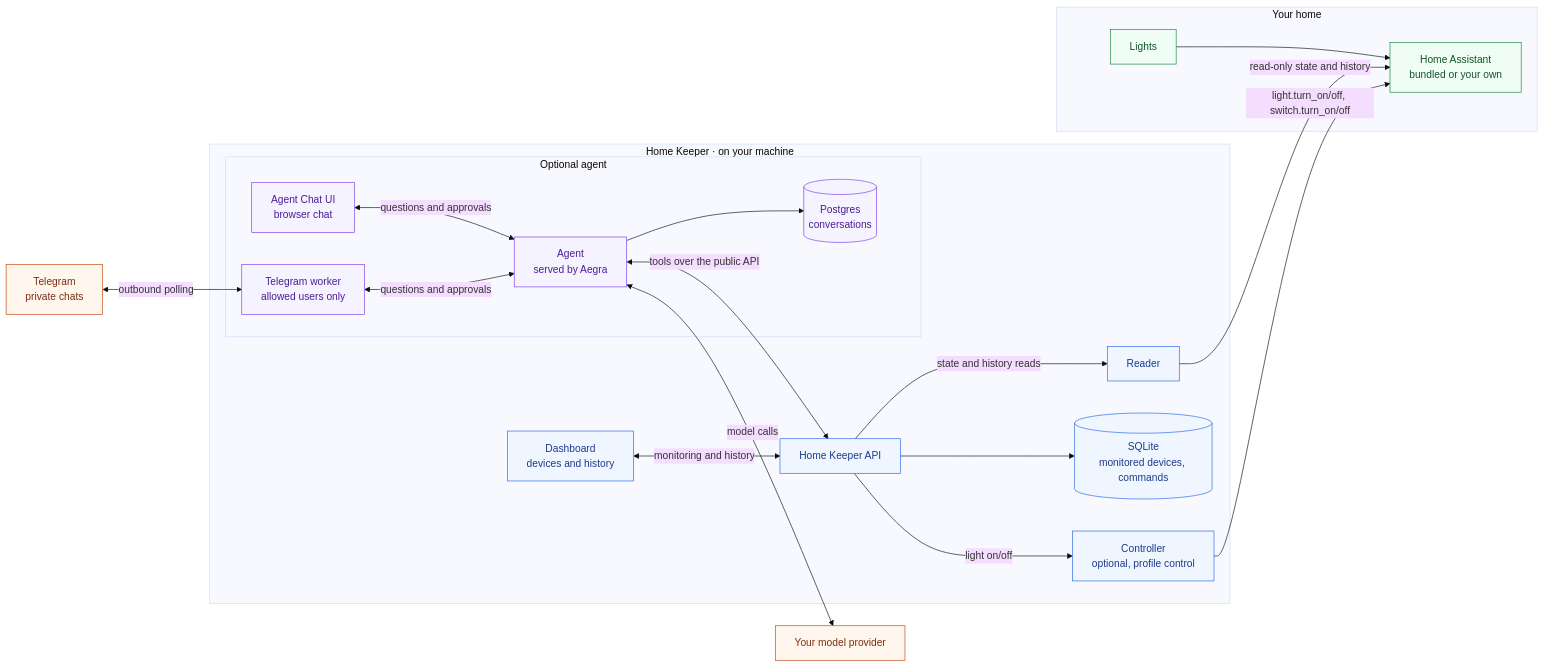
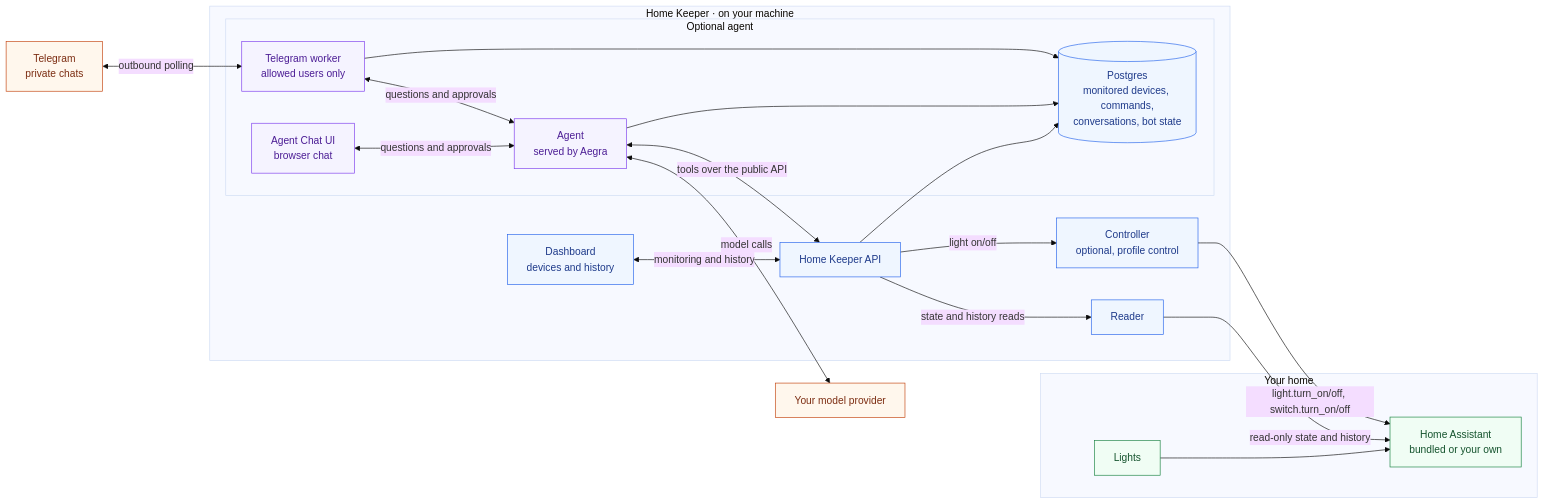
Before and after one commit to alitaghub/home-keeper: the diagram in README.md, drawn with Mermaid (base theme). The commit also changed other lines of this file and 54 other files, not shown here.

````diff
--- a/README.md
+++ b/README.md
@@ -21,44 +21,44 @@
 ```mermaid
 flowchart LR
     subgraph home["Your home"]
         lights["Lights"] --> ha["Home Assistant<br/>bundled or your own"]
     end
 
     subgraph keeper["Home Keeper · on your machine"]
         reader["Reader"]
         api["Home Keeper API"]
-        db[("SQLite<br/>monitored devices, commands")]
+        db[("Postgres<br/>monitored devices, commands,<br/>conversations, bot state")]
         dashboard["Dashboard<br/>devices and history"]
         api -- "state and history reads" --> reader
         dashboard <-->|"monitoring and history"| api
         api --> db
         controller["Controller<br/>optional, profile control"]
         api -- "light on/off" --> controller
 
         subgraph optional["Optional agent"]
             chat["Agent Chat UI<br/>browser chat"]
             agent["Agent<br/>served by Aegra"]
-            pg[("Postgres<br/>conversations")]
             bot["Telegram worker<br/>allowed users only"]
             chat <-->|"questions and approvals"| agent
             bot <-->|"questions and approvals"| agent
-            agent --> pg
+            agent --> db
+            bot --> db
         end
 
         agent <-->|"tools over the public API"| api
     end
 
     reader -- "read-only state and history" --> ha
     controller -- "light.turn_on/off, switch.turn_on/off" --> ha
     telegram["Telegram<br/>private chats"] <-->|"outbound polling"| bot
     agent <-->|"model calls"| model["Your model provider"]
 
     classDef homeNode fill:#f0fdf4,stroke:#15803d,color:#14532d
     classDef keeperNode fill:#eff6ff,stroke:#2563eb,color:#1e3a8a
     classDef agentNode fill:#f5f3ff,stroke:#7c3aed,color:#4c1d95
     classDef externalNode fill:#fff7ed,stroke:#c2410c,color:#7c2d12
     class lights,ha homeNode
     class reader,api,db,dashboard,controller keeperNode
-    class chat,agent,pg,bot agentNode
+    class chat,agent,bot agentNode
     class telegram,model externalNode
 ```
````
